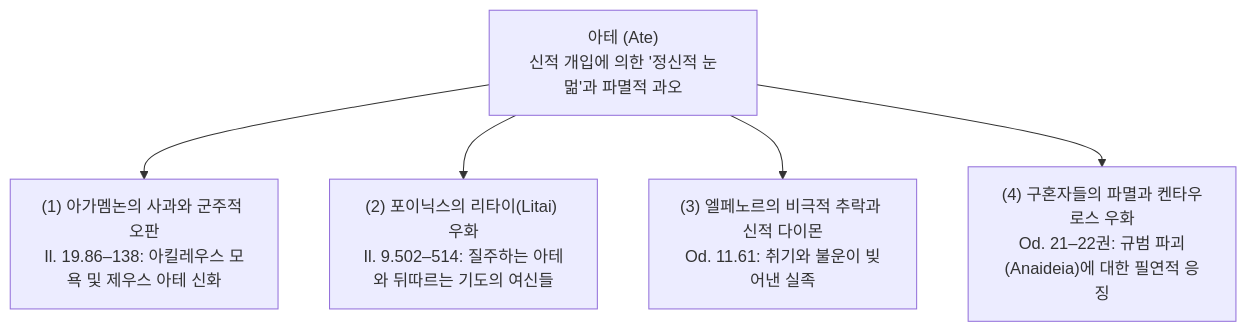
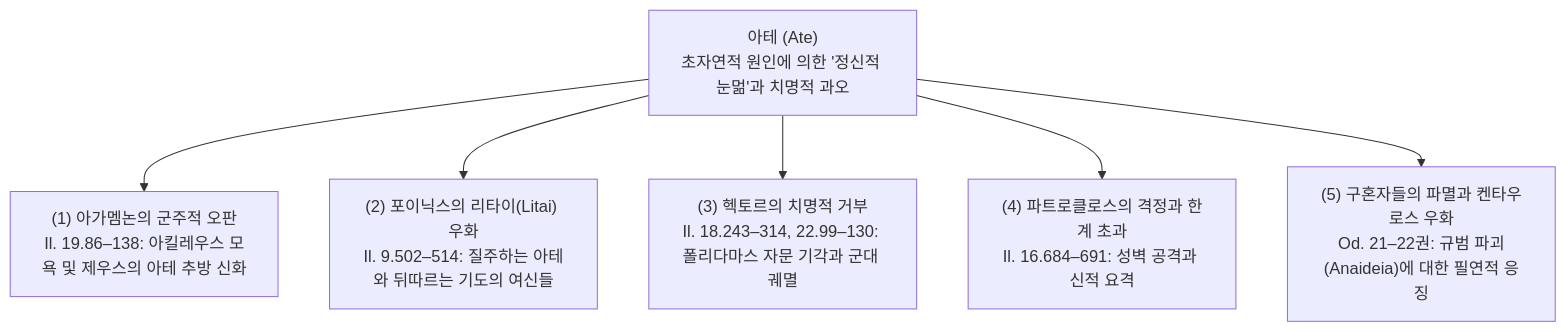
The first of 2 diagrams in wiki/concepts/concept-ate.md (YgHnSIM/Homer_wiki), drawn with Mermaid before and after one commit. The commit also changed other lines of this file and 4 other files, not shown here.

````diff
--- a/wiki/concepts/concept-ate.md
+++ b/wiki/concepts/concept-ate.md
@@ -47,7 +47,8 @@
 ```mermaid
 graph TD
-    A["아테 (Ate)<br/>신적 개입에 의한 '정신적 눈멂'과 파멸적 과오"] --> B["(1) 아가멤논의 사과와 군주적 오판<br/>Il. 19.86–138: 아킬레우스 모욕 및 제우스 아테 신화"]
+    A["아테 (Ate)<br/>초자연적 원인에 의한 '정신적 눈멂'과 치명적 과오"] --> B["(1) 아가멤논의 군주적 오판<br/>Il. 19.86–138: 아킬레우스 모욕 및 제우스의 아테 추방 신화"]
     A --> C["(2) 포이닉스의 리타이(Litai) 우화<br/>Il. 9.502–514: 질주하는 아테와 뒤따르는 기도의 여신들"]
-    A --> D["(3) 엘페노르의 비극적 추락과 신적 다이몬<br/>Od. 11.61: 취기와 불운이 빚어낸 실족"]
-    A --> E["(4) 구혼자들의 파멸과 켄타우로스 우화<br/>Od. 21–22권: 규범 파괴(Anaideia)에 대한 필연적 응징"]
+    A --> D["(3) 헥토르의 치명적 거부<br/>Il. 18.243–314, 22.99–130: 폴리다마스 자문 기각과 군대 궤멸"]
+    A --> E["(4) 파트로클로스의 격정과 한계 초과<br/>Il. 16.684–691: 성벽 공격과 신적 요격"]
+    A --> F["(5) 구혼자들의 파멸과 켄타우로스 우화<br/>Od. 21–22권: 규범 파괴(Anaideia)에 대한 필연적 응징"]
 ```
````
